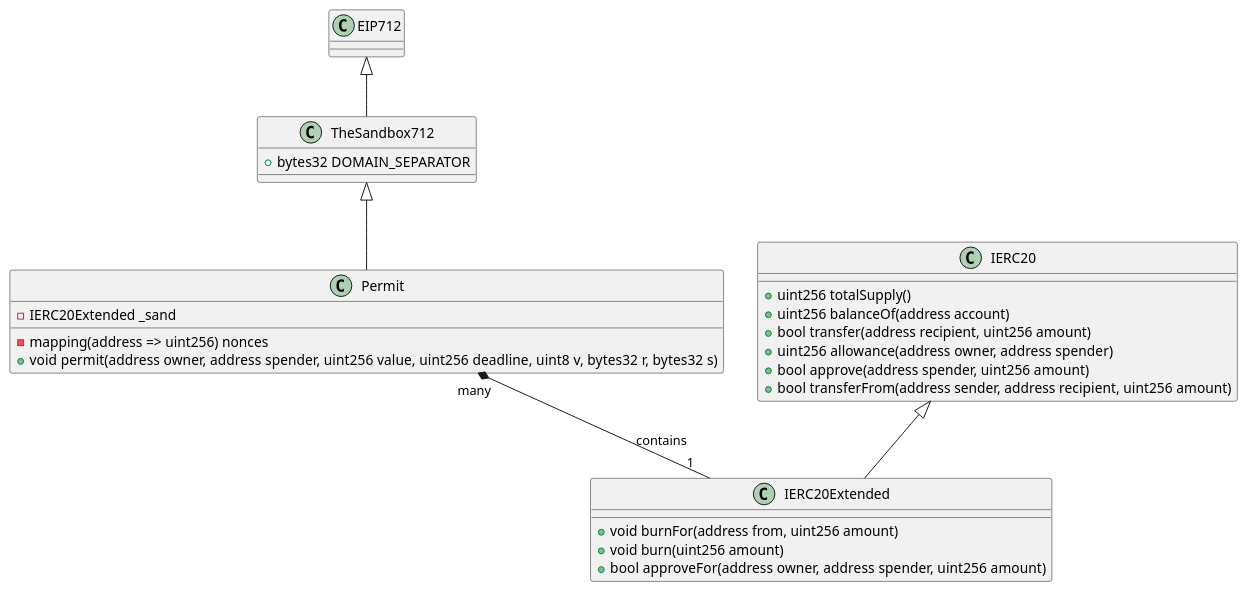
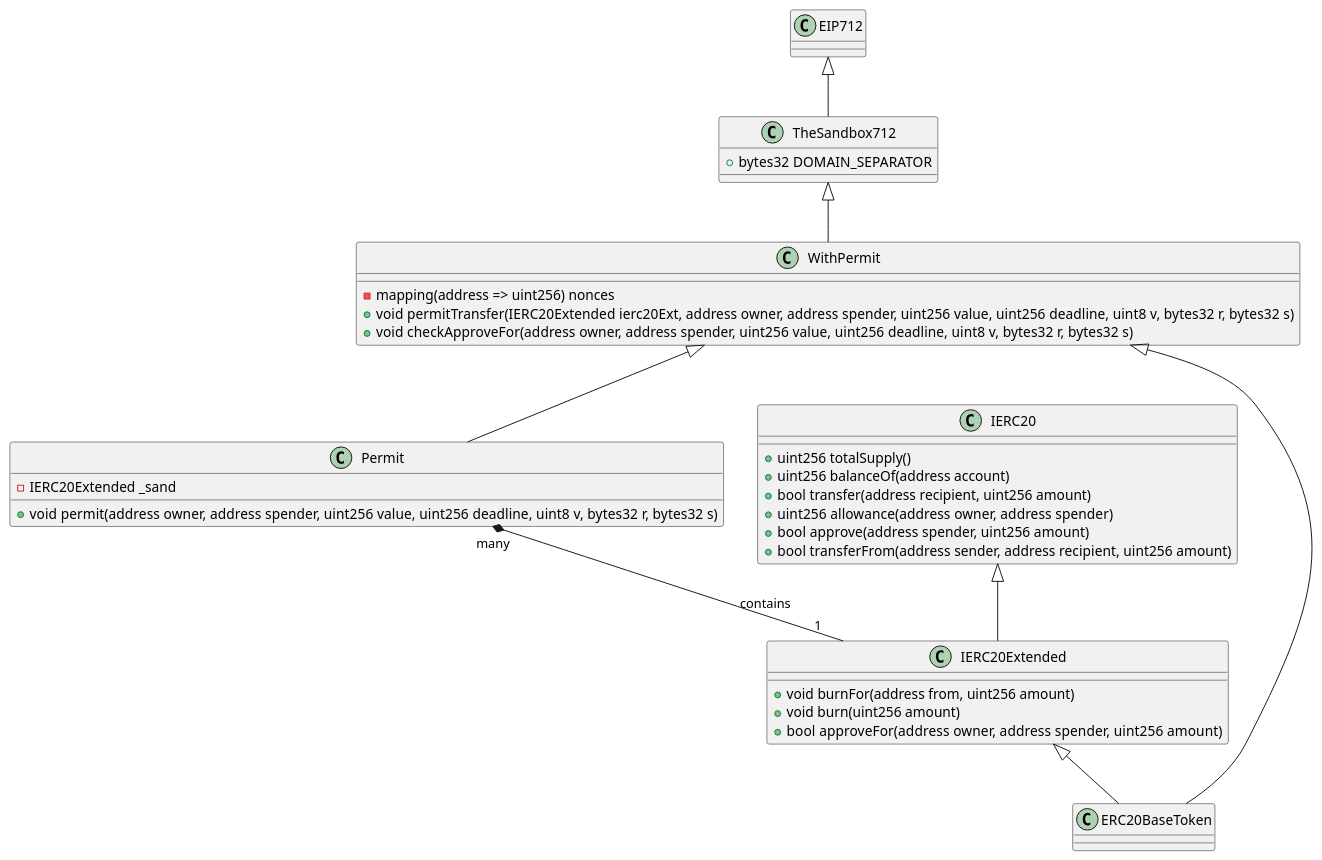
Before and after one commit to thesandboxgame/sandbox-smart-contracts: the first of 2 diagrams in docs/topics/permit/Permit.md, drawn with PlantUML. The commit also changed other lines of this file, not shown here.

````diff
--- a/docs/topics/permit/Permit.md
+++ b/docs/topics/permit/Permit.md
@@ -91,36 +91,44 @@
 ```plantuml
 @startuml
 EIP712 <|-- TheSandbox712
-TheSandbox712 <|-- Permit
+TheSandbox712 <|-- WithPermit
+WithPermit <|-- Permit
+WithPermit <|-- ERC20BaseToken
+IERC20Extended <|-- ERC20BaseToken
 IERC20 <|-- IERC20Extended
 Permit "many" *-- "1" IERC20Extended : contains
 
 class EIP712 {
 }
 
 class TheSandbox712 {
   + bytes32 DOMAIN_SEPARATOR
 }
 
+class WithPermit {
+  - mapping(address => uint256) nonces
+  + void permitTransfer(IERC20Extended ierc20Ext, address owner, address spender, uint256 value, uint256 deadline, uint8 v, bytes32 r, bytes32 s)
+  + void checkApproveFor(address owner, address spender, uint256 value, uint256 deadline, uint8 v, bytes32 r, bytes32 s)
+}
+
 class Permit {
   - IERC20Extended _sand
-  - mapping(address => uint256) nonces
   + void permit(address owner, address spender, uint256 value, uint256 deadline, uint8 v, bytes32 r, bytes32 s)
 }
 
 class IERC20 {
   + uint256 totalSupply() 
   + uint256 balanceOf(address account)
   + bool transfer(address recipient, uint256 amount)
   + uint256 allowance(address owner, address spender)
   + bool approve(address spender, uint256 amount)
   + bool transferFrom(address sender, address recipient, uint256 amount)
 }
 
 class IERC20Extended {
   + void burnFor(address from, uint256 amount)
   + void burn(uint256 amount)
   + bool approveFor(address owner, address spender, uint256 amount)
 }
 @enduml
 ```
````
